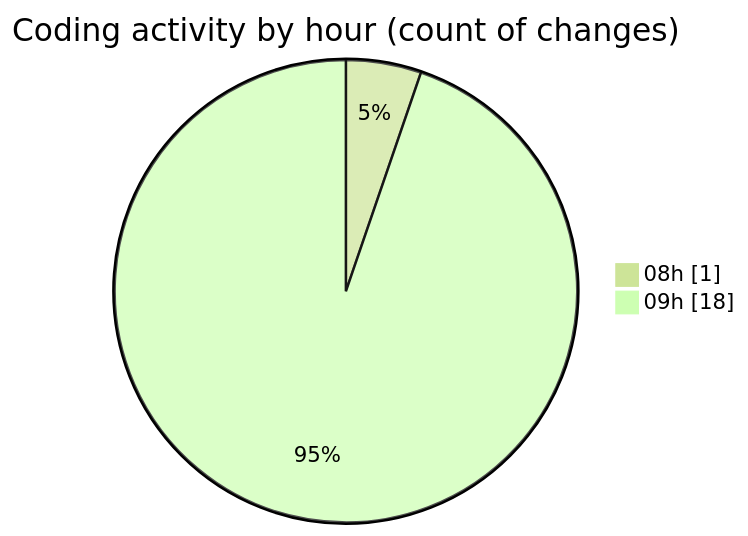
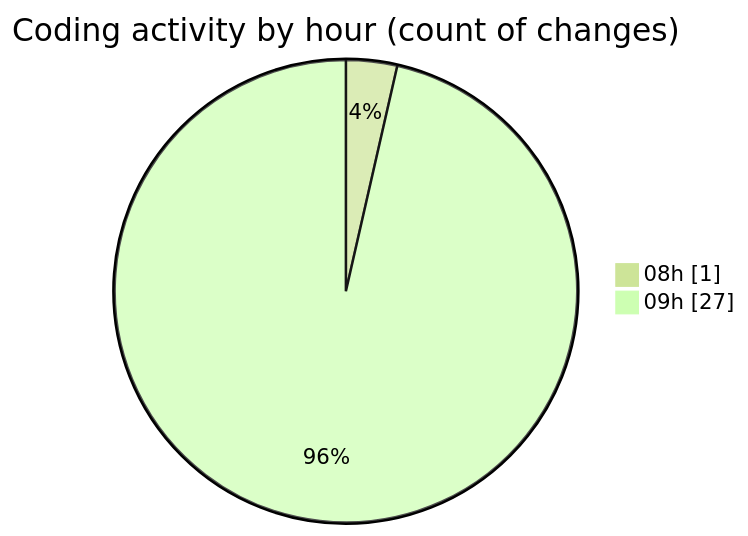
The second of 2 diagrams in 2026-08-25/cda/README.md (momahboobian/code-tracking), drawn with Mermaid (forest theme) before and after one commit. The commit also changed other lines of this file and 1 other file, not shown here.

````diff
--- a/2026-08-25/cda/README.md
+++ b/2026-08-25/cda/README.md
@@ -34,6 +34,6 @@
 ```mermaid
 pie showData
 title Coding activity by hour (count of changes)
 "08h" : 1
-"09h" : 18
+"09h" : 27
 ```
````
